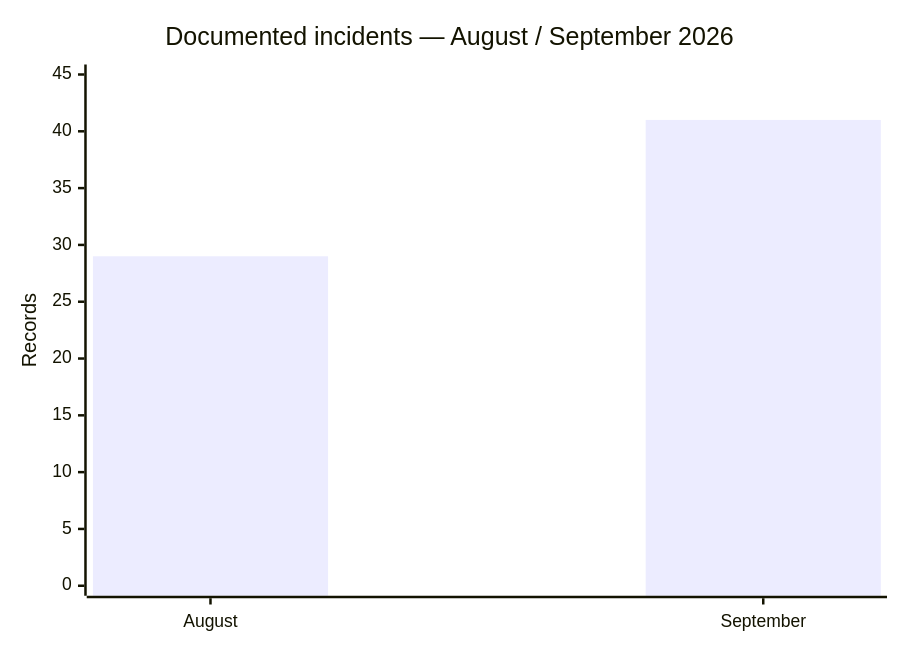
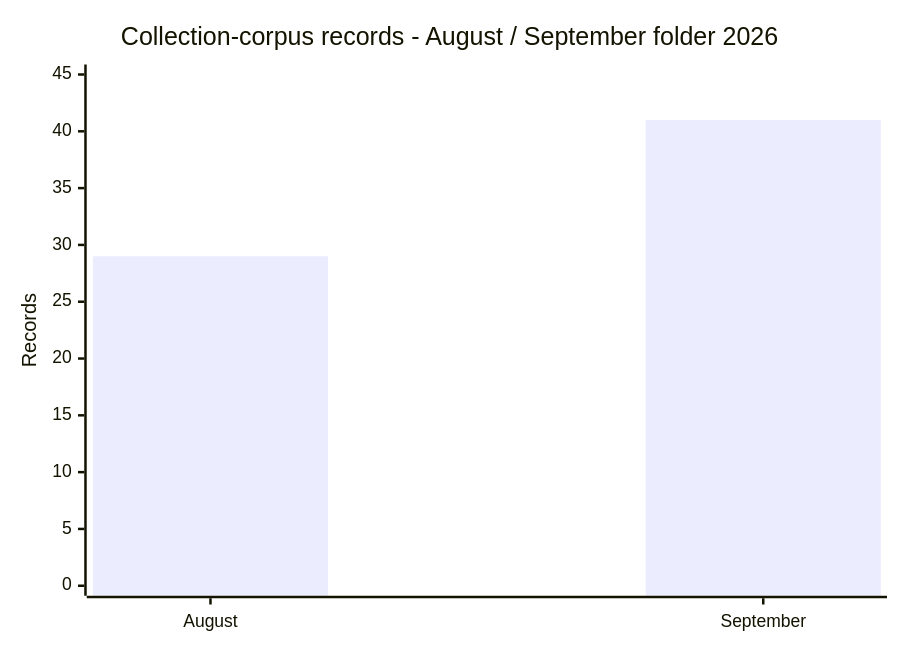
The first of 10 diagrams in CyberAttackAfrica/2026/09-september/README.md (Hatchepsoute/AFRINTEL), drawn with Mermaid before and after one commit. The commit also changed other lines of this file and 30 other files, not shown here.

````diff
--- a/CyberAttackAfrica/2026/09-september/README.md
+++ b/CyberAttackAfrica/2026/09-september/README.md
@@ -35,7 +48,7 @@
 ```mermaid
 xychart-beta
-    title "Documented incidents — August / September 2026"
+    title "Collection-corpus records - August / September folder 2026"
     x-axis [August, September]
     y-axis "Records" 0 --> 45
     bar [29, 41]
 ```
````
